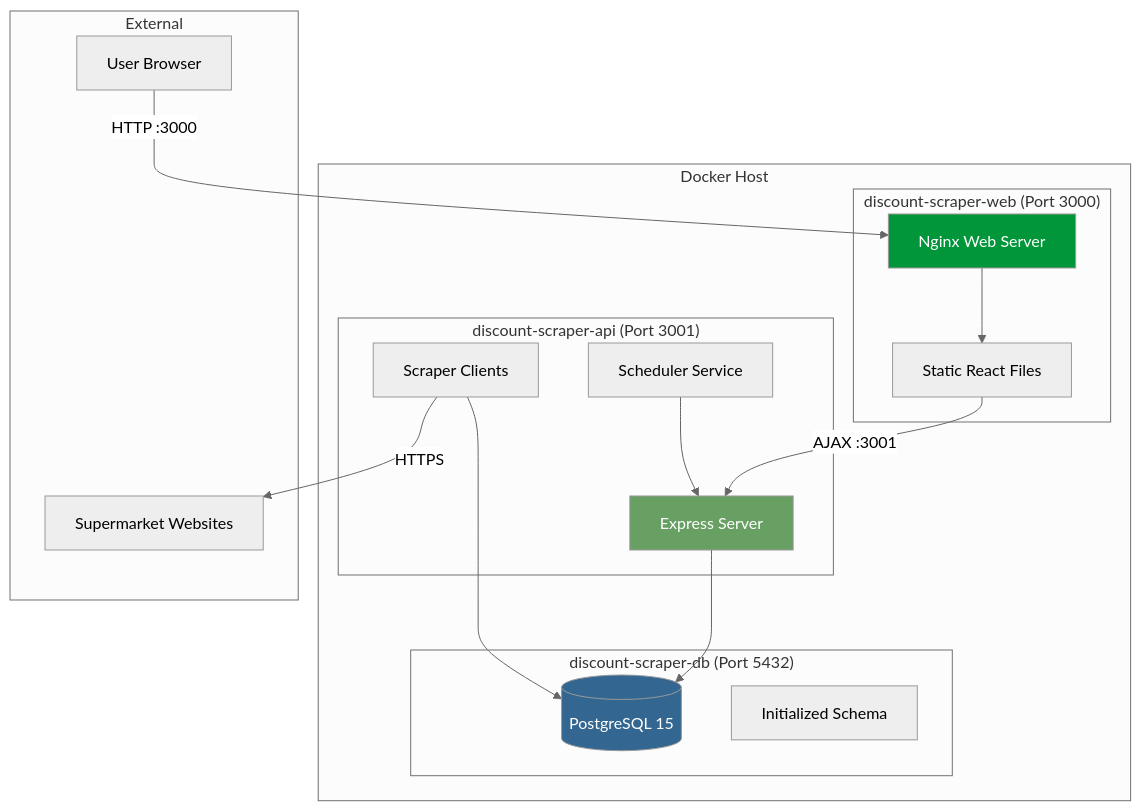
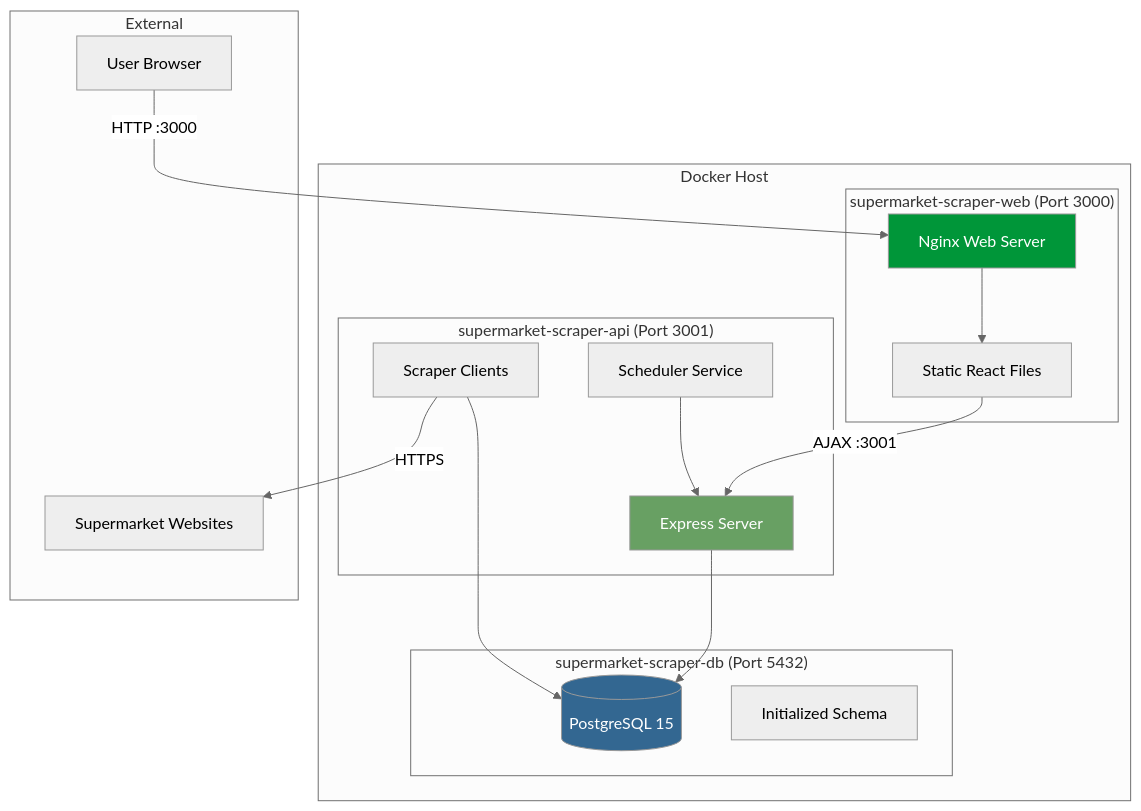
One commit to shelly-nas/discount-scraper changed diagram 12 of 12 in docs/FUNCTIONAL_DESIGN.md. Above: the diagram before and after it, drawn with Mermaid (neutral theme). The commit also changed other lines of this file and 12 other files, not shown here.

First line of the commit message:
chore: rename the project to supermarket-scraper

````diff
--- a/docs/FUNCTIONAL_DESIGN.md
+++ b/docs/FUNCTIONAL_DESIGN.md
@@ -1661,38 +1682,38 @@
 ```mermaid
 graph TB
     subgraph "Docker Host"
-        subgraph "discount-scraper-web (Port 3000)"
+        subgraph "supermarket-scraper-web (Port 3000)"
             NGINX[Nginx Web Server]
             STATIC[Static React Files]
         end
 
-        subgraph "discount-scraper-api (Port 3001)"
+        subgraph "supermarket-scraper-api (Port 3001)"
             EXPRESS[Express Server]
             SCHEDULER[Scheduler Service]
             SCRAPERS[Scraper Clients]
         end
 
-        subgraph "discount-scraper-db (Port 5432)"
+        subgraph "supermarket-scraper-db (Port 5432)"
             POSTGRES[(PostgreSQL 15)]
             SCHEMA[Initialized Schema]
         end
     end
 
     subgraph "External"
         BROWSER[User Browser]
         WEBSITES[Supermarket Websites]
     end
 
     BROWSER -->|HTTP :3000| NGINX
     NGINX --> STATIC
     STATIC -->|AJAX :3001| EXPRESS
 
     EXPRESS --> POSTGRES
     SCHEDULER --> EXPRESS
     SCRAPERS --> POSTGRES
     SCRAPERS -->|HTTPS| WEBSITES
 
     style POSTGRES fill:#336791,color:#fff
     style EXPRESS fill:#68a063,color:#fff
     style NGINX fill:#009639,color:#fff
 ```
````
